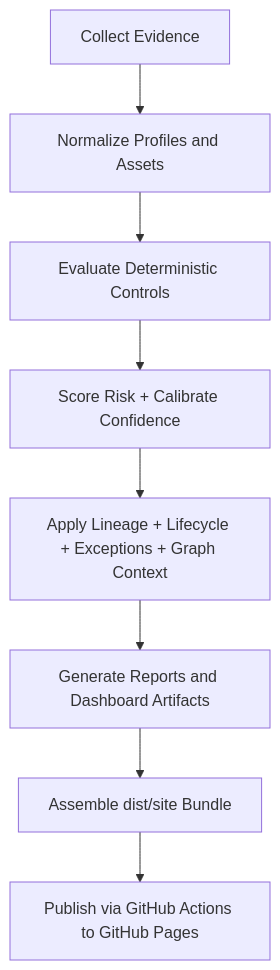
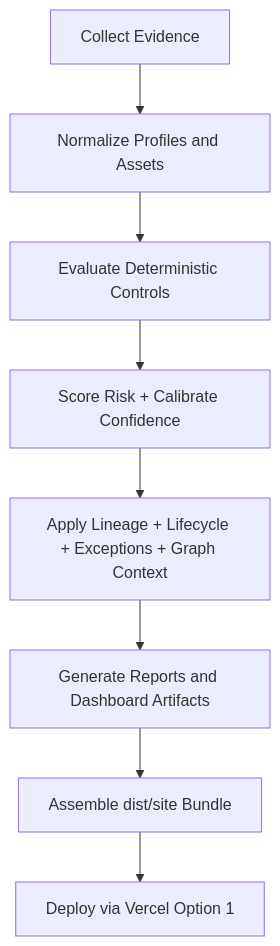
One commit to m-khan-97/CRIS-SME changed the second of 3 diagrams in README.md. Above: the diagram before and after it, drawn with Mermaid. The commit also changed other lines of this file and 8 other files, not shown here.

Commit message:
docs: migrate deployment documentation from GitHub Pages to Vercel

````diff
--- a/README.md
+++ b/README.md
@@ -73,10 +74,10 @@
 ```mermaid
 flowchart TD
     A[Collect Evidence] --> B[Normalize Profiles and Assets]
     B --> C[Evaluate Deterministic Controls]
     C --> D[Score Risk + Calibrate Confidence]
     D --> E[Apply Lineage + Lifecycle + Exceptions + Graph Context]
     E --> F[Generate Reports and Dashboard Artifacts]
     F --> G[Assemble dist/site Bundle]
-    G --> H[Publish via GitHub Actions to GitHub Pages]
+    G --> H[Deploy via Vercel Option 1]
 ```
````
